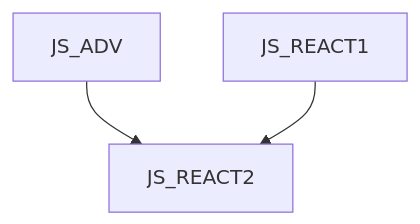
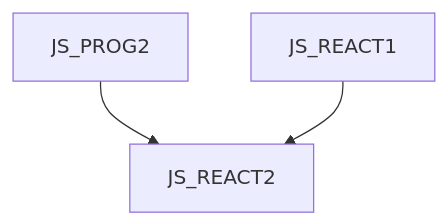
One commit to mbradic/gopas-osnovy changed the diagram in JS_REACT2 CZ.md. Above: the diagram before and after it, drawn with Mermaid. The commit also changed other lines of this file and 31 other files, not shown here.

Commit message:
Update: JS_INTRO a JS_ADV -> JS_PROG1 a JS_PROG2

````diff
--- a/JS_REACT2 CZ.md
+++ b/JS_REACT2 CZ.md
@@ -11,5 +11,5 @@
 ```mermaid
 graph TD
-    JS_ADV --> JS_REACT2
+    JS_PROG2 --> JS_REACT2
     JS_REACT1 --> JS_REACT2
 ```
````
